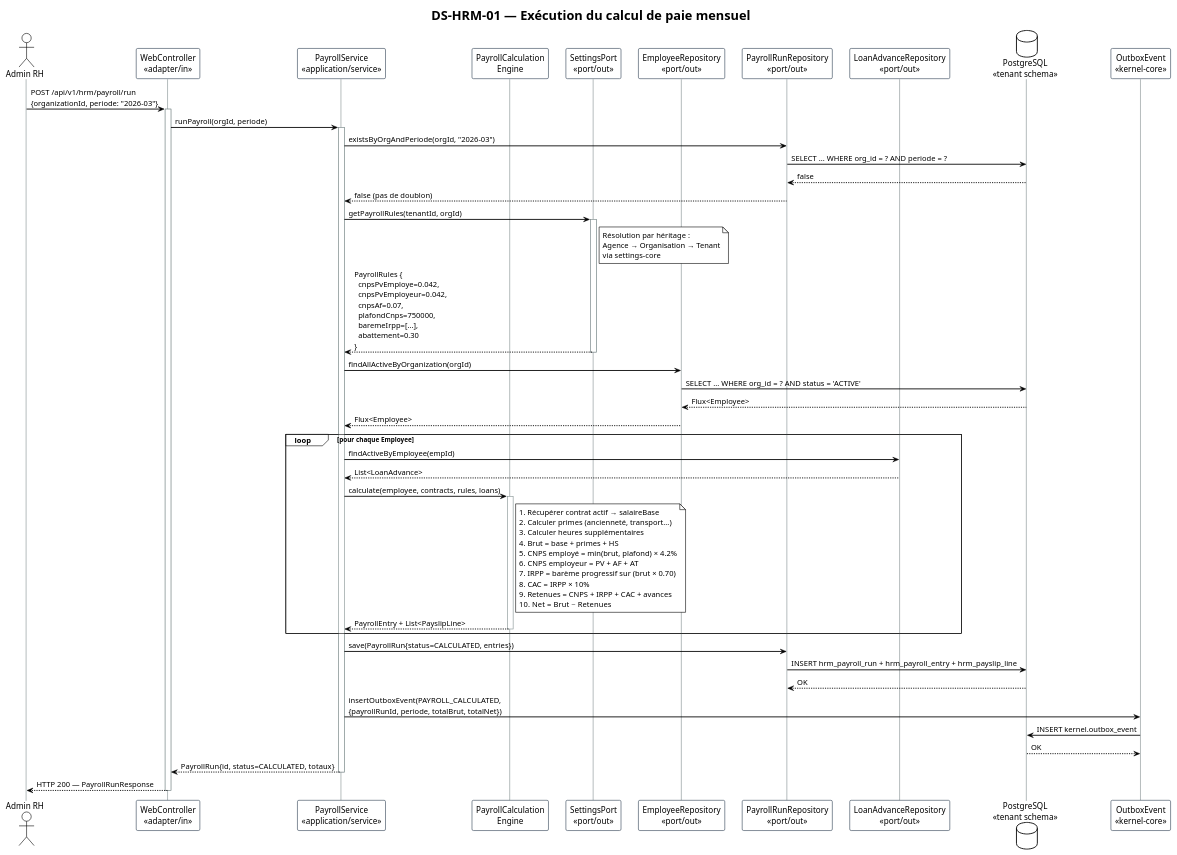
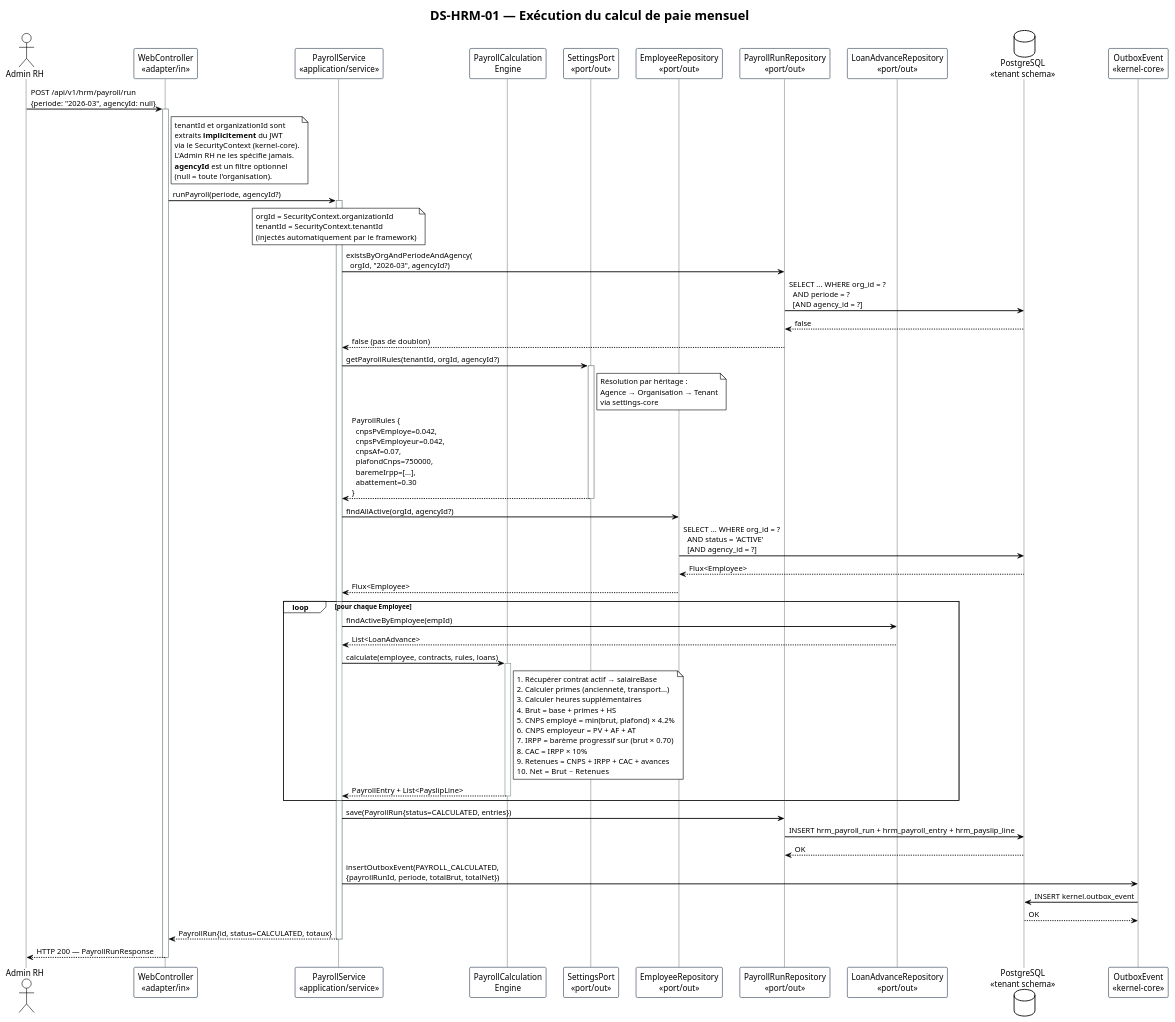
Before and after one commit to TF-Jordan/HRM_Payroll: the diagram in conception/diagrams/ds-hrm-01-payroll-run.puml, drawn with PlantUML. The commit also changed 1 other file, not shown here.

Commit message:
fix(conception): contexte tenant/org implicite via JWT dans les diagrammes
- DS-HRM-01 : l'Admin RH n'envoie plus organizationId dans le body,
  il est extrait implicitement du SecurityContext (JWT).
  agencyId est un filtre optionnel (nullable).
- DS-HRM-04 : ajout note explicative sur le contexte implicite.
- Les diagrammes arch-tenant-context et act-payroll-run intégraient
  déjà correctement cette logique.

https://claude.ai/code/session_01JG8Z1misY9qBB9YZcQ8Jvd

```diff
--- a/conception/diagrams/ds-hrm-01-payroll-run.puml
+++ b/conception/diagrams/ds-hrm-01-payroll-run.puml
@@ -1,82 +1,97 @@
 @startuml ds-hrm-01-payroll-run
 !theme plain
 skinparam sequenceArrowThickness 1.5
 skinparam sequenceParticipantBorderColor #2C3E50
 skinparam sequenceLifeLineBorderColor #7F8C8D
 
 title DS-HRM-01 — Exécution du calcul de paie mensuel
 
 actor "Admin RH" as admin
 participant "WebController\n<<adapter/in>>" as ctrl
 participant "PayrollService\n<<application/service>>" as svc
 participant "PayrollCalculation\nEngine" as engine
 participant "SettingsPort\n<<port/out>>" as settings
 participant "EmployeeRepository\n<<port/out>>" as empRepo
 participant "PayrollRunRepository\n<<port/out>>" as payRepo
 participant "LoanAdvanceRepository\n<<port/out>>" as loanRepo
 database "PostgreSQL\n<<tenant schema>>" as db
 participant "OutboxEvent\n<<kernel-core>>" as outbox
 
-admin -> ctrl : POST /api/v1/hrm/payroll/run\n{organizationId, periode: "2026-03"}
+admin -> ctrl : POST /api/v1/hrm/payroll/run\n{periode: "2026-03", agencyId: null}
 activate ctrl
 
-ctrl -> svc : runPayroll(orgId, periode)
+note right of ctrl
+  tenantId et organizationId sont
+  extraits **implicitement** du JWT
+  via le SecurityContext (kernel-core).
+  L'Admin RH ne les spécifie jamais.
+  **agencyId** est un filtre optionnel
+  (null = toute l'organisation).
+end note
+
+ctrl -> svc : runPayroll(periode, agencyId?)
 activate svc
 
-svc -> payRepo : existsByOrgAndPeriode(orgId, "2026-03")
-payRepo -> db : SELECT ... WHERE org_id = ? AND periode = ?
+note over svc
+  orgId = SecurityContext.organizationId
+  tenantId = SecurityContext.tenantId
+  (injectés automatiquement par le framework)
+end note
+
+svc -> payRepo : existsByOrgAndPeriodeAndAgency(\n  orgId, "2026-03", agencyId?)
+payRepo -> db : SELECT ... WHERE org_id = ?\n  AND periode = ?\n  [AND agency_id = ?]
 db --> payRepo : false
 payRepo --> svc : false (pas de doublon)
 
-svc -> settings : getPayrollRules(tenantId, orgId)
+svc -> settings : getPayrollRules(tenantId, orgId, agencyId?)
 activate settings
 note right of settings
   Résolution par héritage :
   Agence → Organisation → Tenant
   via settings-core
 end note
 settings --> svc : PayrollRules {\n  cnpsPvEmploye=0.042,\n  cnpsPvEmployeur=0.042,\n  cnpsAf=0.07,\n  plafondCnps=750000,\n  baremeIrpp=[...],\n  abattement=0.30\n}
 deactivate settings
 
-svc -> empRepo : findAllActiveByOrganization(orgId)
-empRepo -> db : SELECT ... WHERE org_id = ? AND status = 'ACTIVE'
+svc -> empRepo : findAllActive(orgId, agencyId?)
+empRepo -> db : SELECT ... WHERE org_id = ?\n  AND status = 'ACTIVE'\n  [AND agency_id = ?]
 db --> empRepo : Flux<Employee>
 empRepo --> svc : Flux<Employee>
 
 loop pour chaque Employee
     svc -> loanRepo : findActiveByEmployee(empId)
     loanRepo --> svc : List<LoanAdvance>
 
     svc -> engine : calculate(employee, contracts, rules, loans)
     activate engine
     note right of engine
       1. Récupérer contrat actif → salaireBase
       2. Calculer primes (ancienneté, transport...)
       3. Calculer heures supplémentaires
       4. Brut = base + primes + HS
       5. CNPS employé = min(brut, plafond) × 4.2%
       6. CNPS employeur = PV + AF + AT
       7. IRPP = barème progressif sur (brut × 0.70)
       8. CAC = IRPP × 10%
       9. Retenues = CNPS + IRPP + CAC + avances
       10. Net = Brut − Retenues
     end note
     engine --> svc : PayrollEntry + List<PayslipLine>
     deactivate engine
 end
 
 svc -> payRepo : save(PayrollRun{status=CALCULATED, entries})
 payRepo -> db : INSERT hrm_payroll_run + hrm_payroll_entry + hrm_payslip_line
 db --> payRepo : OK
 
 svc -> outbox : insertOutboxEvent(PAYROLL_CALCULATED,\n{payrollRunId, periode, totalBrut, totalNet})
 outbox -> db : INSERT kernel.outbox_event
 db --> outbox : OK
 
 svc --> ctrl : PayrollRun{id, status=CALCULATED, totaux}
 deactivate svc
 
 ctrl --> admin : HTTP 200 — PayrollRunResponse
 deactivate ctrl
 
 @enduml
```
